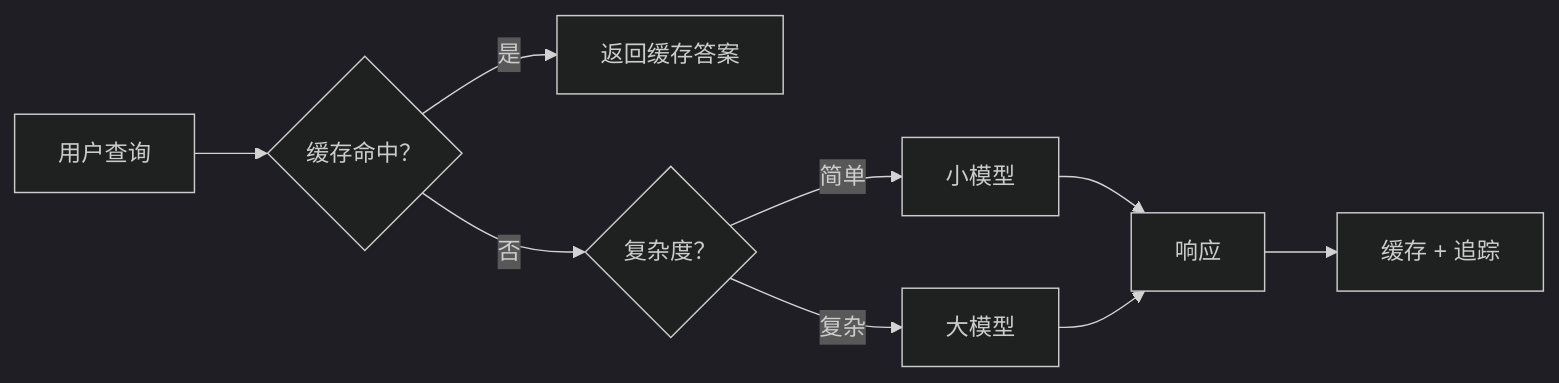
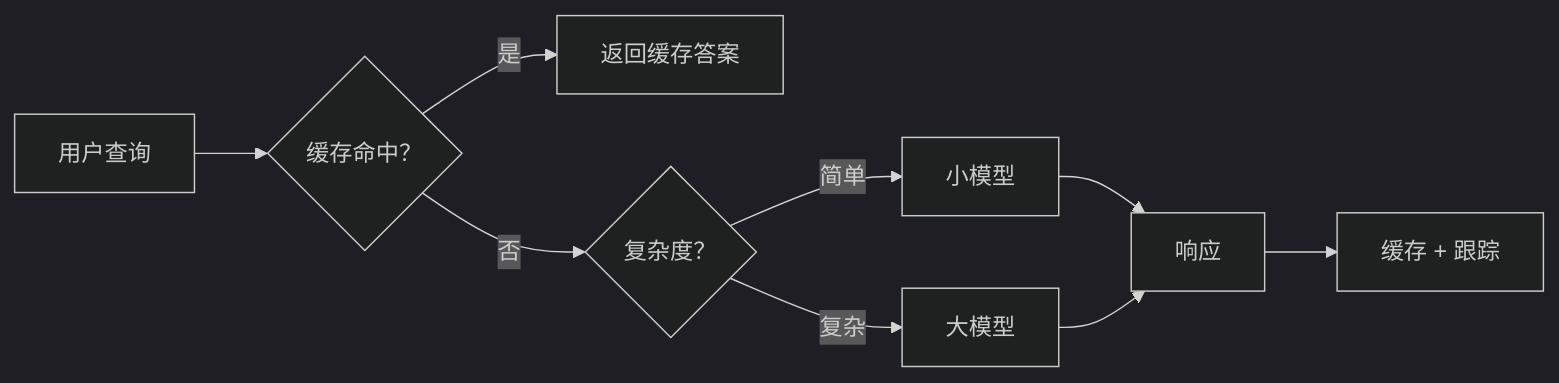
Before and after one commit to gabrielmoreira/agent-skills-mirror: the third of 4 diagrams in mirrors/repos/microsoft@ai-agents-for-beginners/translations/zh-CN/16-deploying-scalable-agents/README.md, drawn with Mermaid (dark theme). The commit also changed other lines of this file and 3581 other files, not shown here.

````diff
--- a/mirrors/repos/microsoft@ai-agents-for-beginners/translations/zh-CN/16-deploying-scalable-agents/README.md
+++ b/mirrors/repos/microsoft@ai-agents-for-beginners/translations/zh-CN/16-deploying-scalable-agents/README.md
@@ -134,11 +134,11 @@
 ```mermaid
 flowchart LR
     Q[用户查询] --> C{缓存命中？}
     C -->|是| R[返回缓存答案]
     C -->|否| Router{复杂度？}
     Router -->|简单| SLM[小模型]
     Router -->|复杂| LLM[大模型]
     SLM --> Out[响应]
     LLM --> Out
-    Out --> Store[缓存 + 追踪]
+    Out --> Store[缓存 + 跟踪]
 ```
````
